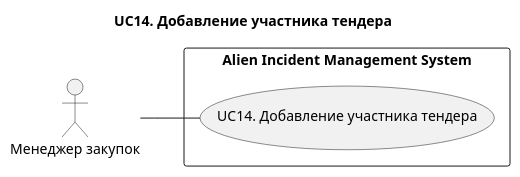
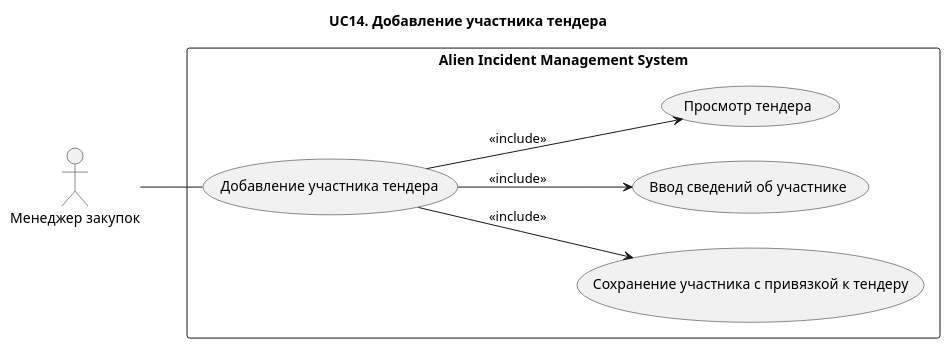
One commit to Andryss/AIMS changed the diagram in docs/use-case/UC14.md. Above: the diagram before and after it, drawn with PlantUML. The commit also changed other lines of this file and 23 other files, not shown here.

Commit message:
docs: refine use-case diagrams and centralize rendering commands

````diff
--- a/docs/use-case/UC14.md
+++ b/docs/use-case/UC14.md
@@ -3,15 +5,25 @@
 ```plantuml
 @startuml
 title UC14. Добавление участника тендера
 left to right direction
 
 actor "Менеджер закупок" as Procurement
 
 rectangle "Alien Incident Management System" {
-  usecase "UC14. Добавление участника тендера" as UC14
+
+(Добавление участника тендера) as UC11
+
+(Сохранение участника с привязкой к тендеру) as UC115
+(Ввод сведений об участнике) as UC112
+(Просмотр тендера) as UC111
+
 }
 
-Procurement -- UC14
+Procurement -- UC11
+
+UC11 --> UC111 : <<include>>
+UC11 --> UC112 : <<include>>
+UC11 --> UC115 : <<include>>
 
 @enduml
 ```
````
